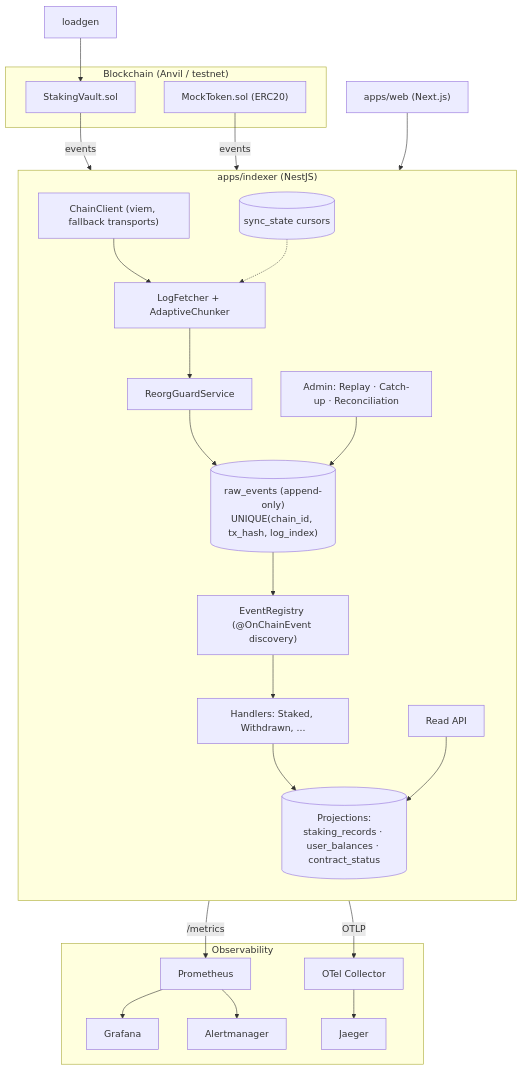
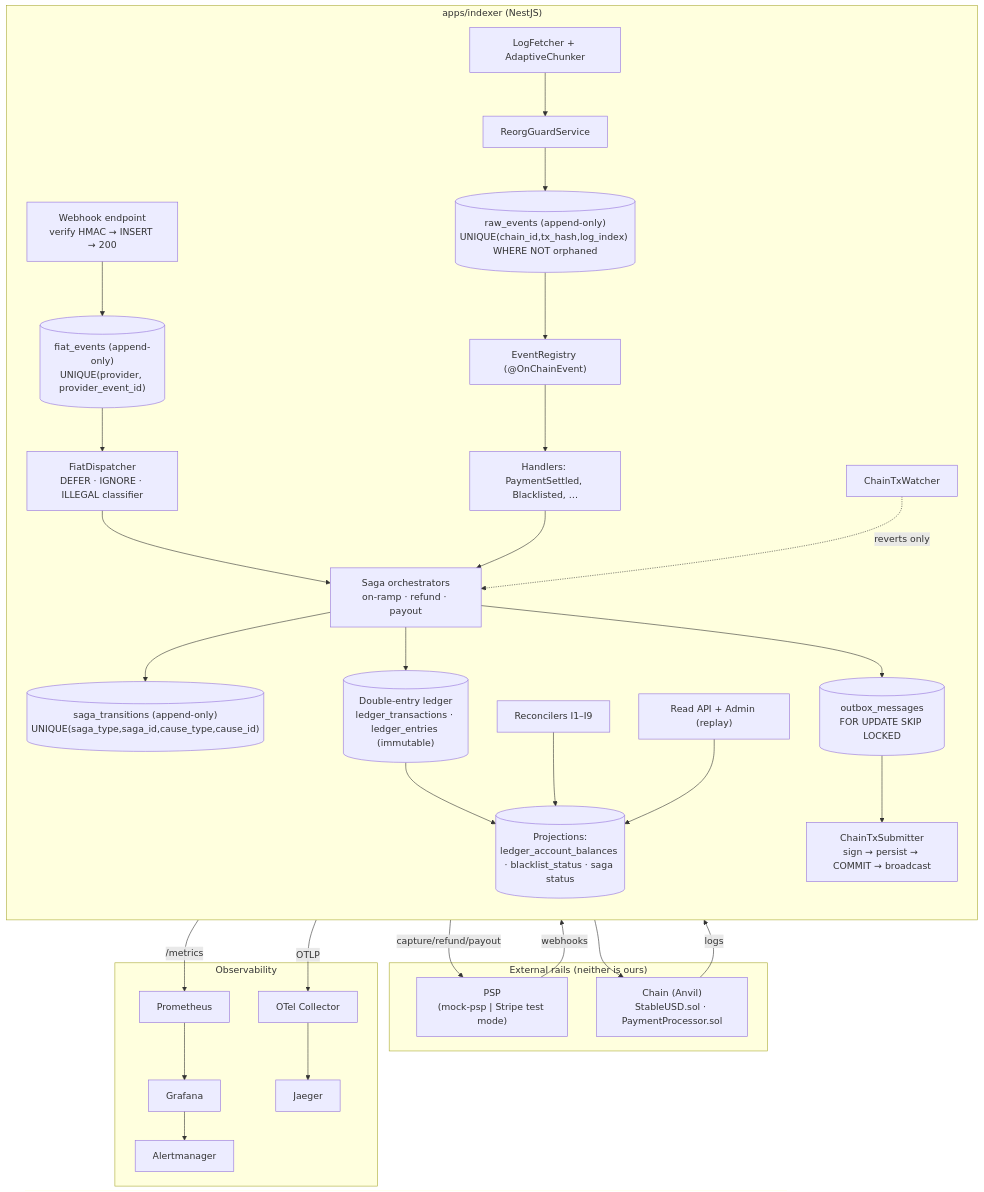
The diagram in docs/architecture.md (roudra323/Ledgerline), drawn with Mermaid before and after one commit. The commit also changed other lines of this file and 115 other files, not shown here.

````diff
--- a/docs/architecture.md
+++ b/docs/architecture.md
@@ -7,40 +16,51 @@
 ```mermaid
 flowchart TB
-    subgraph chain["Blockchain (Anvil / testnet)"]
-        vault["StakingVault.sol"]
-        token["MockToken.sol (ERC20)"]
+    subgraph rails["External rails (neither is ours)"]
+        psp["PSP\n(mock-psp | Stripe test mode)"]
+        chain["Chain (Anvil)\nStableUSD.sol · PaymentProcessor.sol"]
     end
 
-    subgraph indexer["apps/indexer (NestJS)"]
+    subgraph app["apps/indexer (NestJS)"]
         direction TB
-        client["ChainClient (viem, fallback transports)"]
+        wh["Webhook endpoint\nverify HMAC → INSERT → 200"]
+        fiatlog[("fiat_events (append-only)\nUNIQUE(provider, provider_event_id)")]
+        disp["FiatDispatcher\nDEFER · IGNORE · ILLEGAL classifier"]
+
         fetch["LogFetcher + AdaptiveChunker"]
         reorg["ReorgGuardService"]
-        raw[("raw_events (append-only)\nUNIQUE(chain_id, tx_hash, log_index)")]
-        registry["EventRegistry (@OnChainEvent discovery)"]
-        handlers["Handlers: Staked, Withdrawn, ..."]
-        proj[("Projections:\nstaking_records · user_balances · contract_status")]
-        cursors[("sync_state cursors")]
-        api["Read API"]
-        admin["Admin: Replay · Catch-up · Reconciliation"]
+        rawlog[("raw_events (append-only)\nUNIQUE(chain_id,tx_hash,log_index) WHERE NOT orphaned")]
+        registry["EventRegistry (@OnChainEvent)"]
+        handlers["Handlers: PaymentSettled, Blacklisted, …"]
 
-        client --> fetch --> reorg --> raw
-        raw --> registry --> handlers --> proj
-        cursors -.-> fetch
-        api --> proj
-        admin --> raw
+        sagas["Saga orchestrators\non-ramp · refund · payout"]
+        trans[("saga_transitions (append-only)\nUNIQUE(saga_type,saga_id,cause_type,cause_id)")]
+
+        ledger[("Double-entry ledger\nledger_transactions · ledger_entries (immutable)")]
+        proj[("Projections:\nledger_account_balances · blacklist_status · saga status")]
+
+        outbox[("outbox_messages\nFOR UPDATE SKIP LOCKED")]
+        submit["ChainTxSubmitter\nsign → persist → COMMIT → broadcast"]
+        watch["ChainTxWatcher"]
+
+        recon["Reconcilers I1–I9"]
+        api["Read API + Admin (replay)"]
     end
 
+    psp -- webhooks --> wh --> fiatlog --> disp --> sagas
+    chain -- logs --> fetch --> reorg --> rawlog --> registry --> handlers --> sagas
+    sagas --> trans
+    sagas --> ledger --> proj
+    sagas --> outbox
+    outbox --> submit --> chain
+    outbox -- capture/refund/payout --> psp
+    watch -.reverts only.-> sagas
+    recon --> proj
+    api --> proj
+
     subgraph obs["Observability"]
-        prom["Prometheus"] --> graf["Grafana"]
+        prom["Prometheus"] --> graf["Grafana"] --> am["Alertmanager"]
         otelc["OTel Collector"] --> jaeger["Jaeger"]
-        prom --> am["Alertmanager"]
     end
-
-    web["apps/web (Next.js)"] --> api
-    loadgen["loadgen"] --> vault
-    vault -- events --> client
-    token -- events --> client
-    indexer -- /metrics --> prom
-    indexer -- OTLP --> otelc
+    app -- /metrics --> prom
+    app -- OTLP --> otelc
 ```
````
